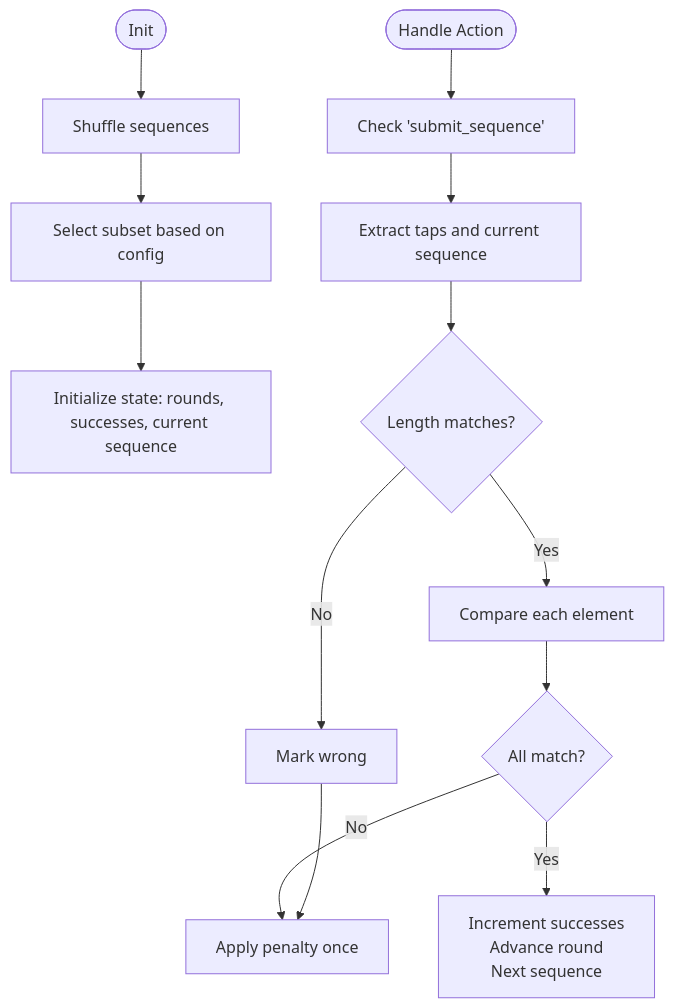
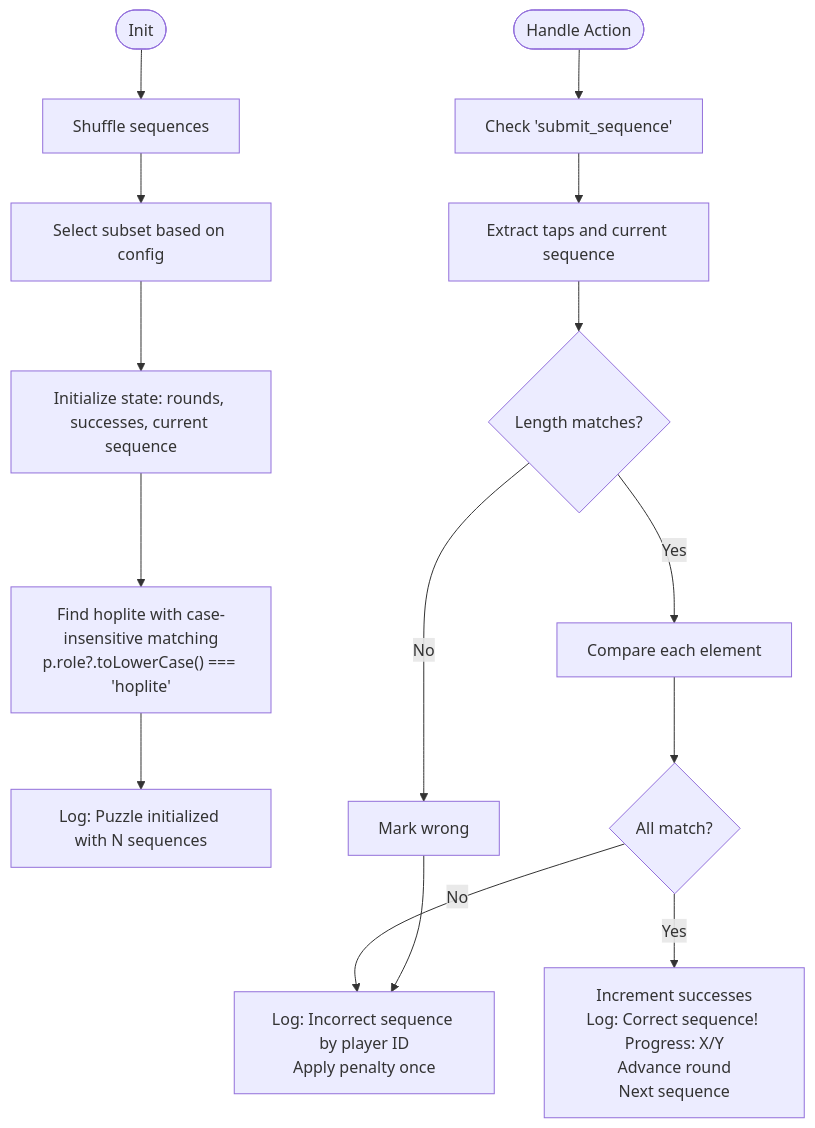
Before and after one commit to dkoukoul/escape-room-mvp: the fourth of 8 diagrams in .qoder/repowiki/en/content/Puzzle System/Rhythm Tap Puzzle.md, drawn with Mermaid. The commit also changed other lines of this file and 21 other files, not shown here.

````diff
--- a/.qoder/repowiki/en/content/Puzzle System/Rhythm Tap Puzzle.md
+++ b/.qoder/repowiki/en/content/Puzzle System/Rhythm Tap Puzzle.md
@@ -200,15 +268,17 @@
 ```mermaid
 flowchart TD
 Init(["Init"]) --> Shuffle["Shuffle sequences"]
 Shuffle --> Select["Select subset based on config"]
 Select --> State["Initialize state: rounds, successes, current sequence"]
+State --> FindHoplite["Find hoplite with case-insensitive matching<br/>p.role?.toLowerCase() === 'hoplite'"]
+FindHoplite --> LogInit["Log: Puzzle initialized with N sequences"]
 Action(["Handle Action"]) --> Check["Check 'submit_sequence'"]
 Check --> Extract["Extract taps and current sequence"]
 Extract --> CompareLen{"Length matches?"}
 CompareLen --> |No| Wrong["Mark wrong"]
 CompareLen --> |Yes| CompareVals["Compare each element"]
 CompareVals --> AllMatch{"All match?"}
-AllMatch --> |Yes| Success["Increment successes<br/>Advance round<br/>Next sequence"]
-AllMatch --> |No| Penality["Apply penalty once"]
-Wrong --> Penality
+AllMatch --> |Yes| Success["Increment successes<br/>Log: Correct sequence! Progress: X/Y<br/>Advance round<br/>Next sequence"]
+AllMatch --> |No| LogIncorrect["Log: Incorrect sequence by player ID<br/>Apply penalty once"]
+Wrong --> LogIncorrect
 ```
````
